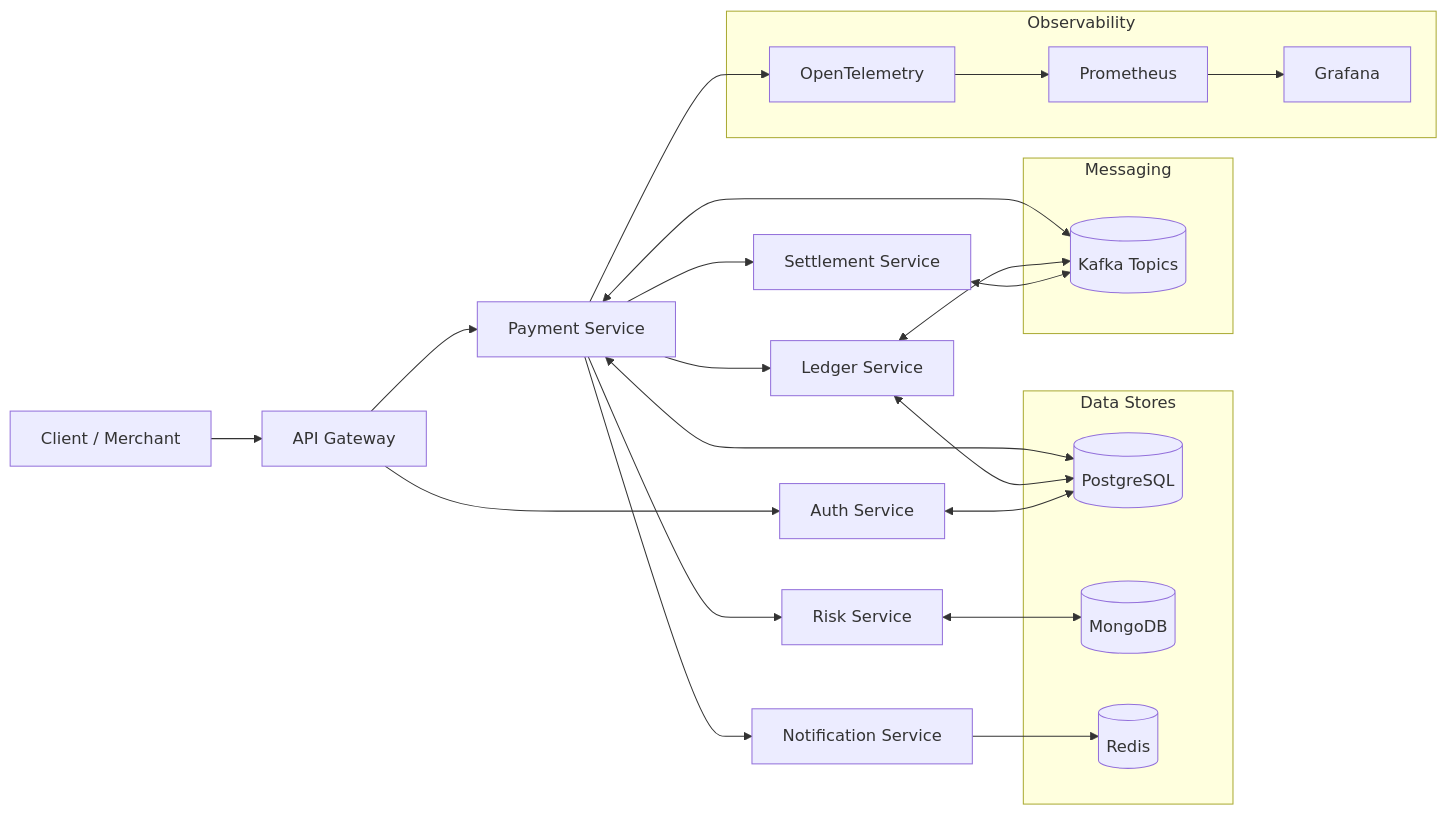
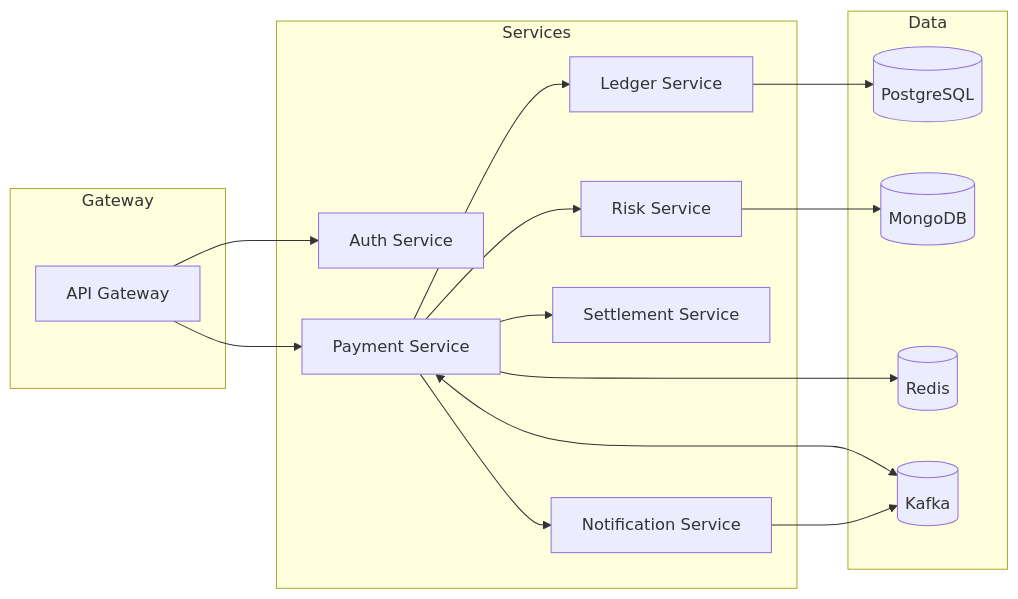
One commit to Drive10/payment-gateway changed the diagram in README.md. Above: the diagram before and after it, drawn with Mermaid. The commit also changed other lines of this file and 23 other files, not shown here.

````diff
--- a/README.md
+++ b/README.md
@@ -20,38 +40,32 @@
 ```mermaid
-graph LR
-    C[Client / Merchant] --> APIG[API Gateway]
-    APIG --> AUTH[Auth Service]
-    APIG --> PAY[Payment Service]
-    PAY --> RISK[Risk Service]
-    PAY --> LED[Ledger Service]
-    PAY --> SETT[Settlement Service]
-    PAY --> NOTIF[Notification Service]
+flowchart LR
+  subgraph Gateway
+    APIGW[API Gateway]
+  end
+  subgraph Services
+    AUTH[Auth Service]
+    PAY[Payment Service]
+    LEDGER[Ledger Service]
+    RISK[Risk Service]
+    SETTLE[Settlement Service]
+    NOTIF[Notification Service]
+  end
+  subgraph Data
+    PG[(PostgreSQL)]
+    MG[(MongoDB)]
+    RD[(Redis)]
+    KF[(Kafka)]
+  end
 
-    subgraph Data Stores
-      PSQL[(PostgreSQL)]
-      MONGO[(MongoDB)]
-      REDIS[(Redis)]
-    end
-
-    PAY <--> PSQL
-    LED <--> PSQL
-    RISK <--> MONGO
-    AUTH <--> PSQL
-    NOTIF --> REDIS
-
-    subgraph Messaging
-      KAFKA[(Kafka Topics)]
-    end
-    PAY <--> KAFKA
-    LED <--> KAFKA
-    SETT <--> KAFKA
-
-    subgraph Observability
-      OTEL[OpenTelemetry]
-      PROM[Prometheus]
-      GRAF[Grafana]
-    end
-    PAY --> OTEL
-    OTEL --> PROM
-    PROM --> GRAF
+  APIGW --> AUTH
+  APIGW --> PAY
+  PAY --> LEDGER
+  PAY --> RISK
+  PAY --> SETTLE
+  PAY --> NOTIF
+  PAY <--> KF
+  LEDGER --> PG
+  RISK --> MG
+  NOTIF --> KF
+  PAY --> RD
 ```
````
